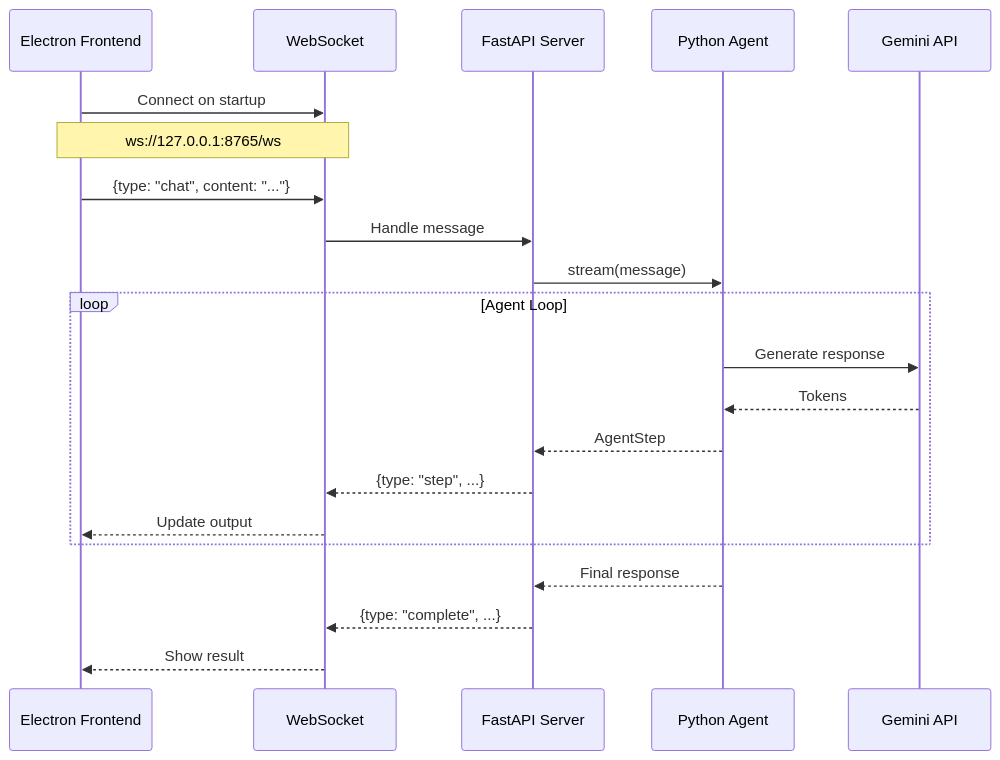
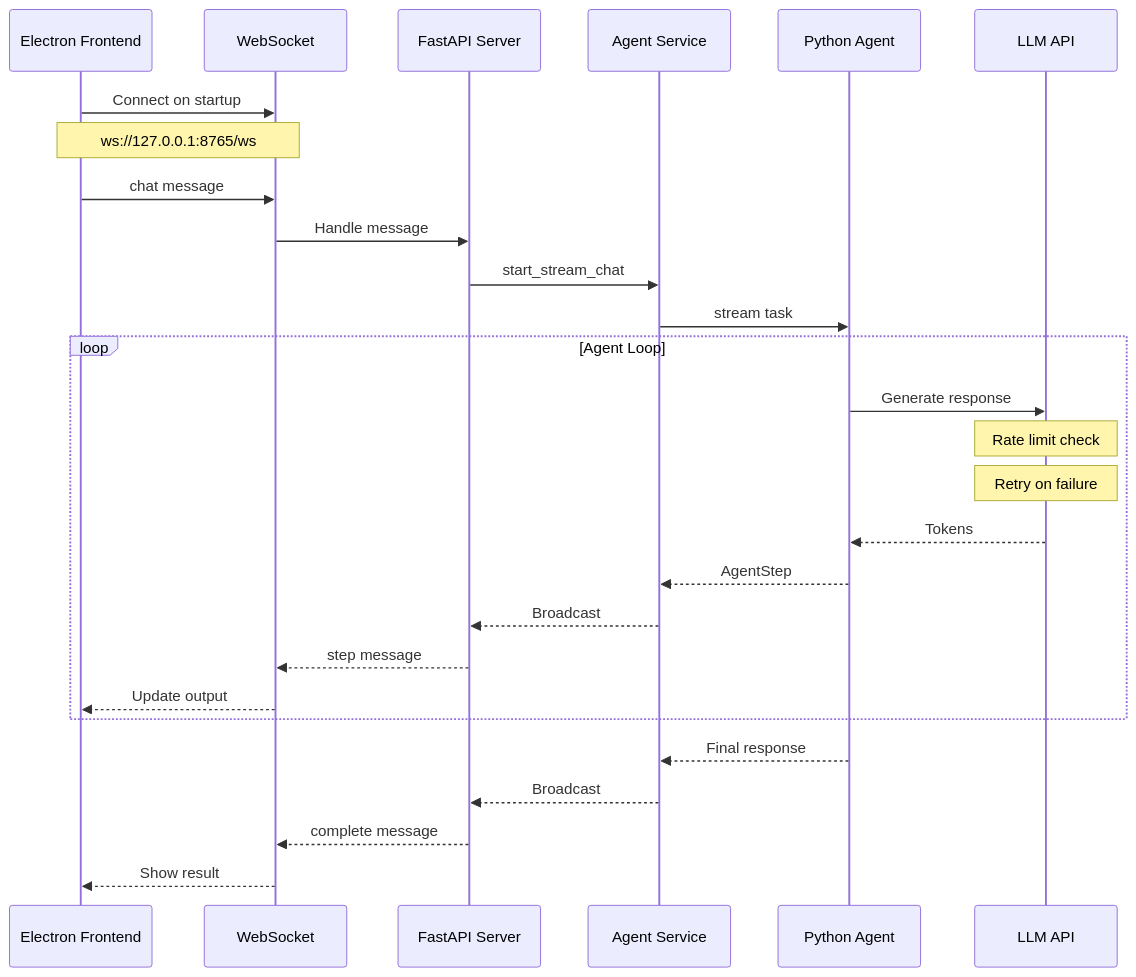
The second of 6 diagrams in docs/ARCHITECTURE.md (bdoubleu15-eng/slowhands), drawn with Mermaid before and after one commit. The commit also changed other lines of this file and 49 other files, not shown here.

````diff
--- a/docs/ARCHITECTURE.md
+++ b/docs/ARCHITECTURE.md
@@ -50,27 +68,33 @@
 ```mermaid
 sequenceDiagram
     participant UI as Electron Frontend
     participant WS as WebSocket
     participant API as FastAPI Server
+    participant Svc as Agent Service
     participant Agent as Python Agent
-    participant LLM as Gemini API
+    participant LLM as LLM API
 
     UI->>WS: Connect on startup
     Note over UI,WS: ws://127.0.0.1:8765/ws
     
-    UI->>WS: {type: "chat", content: "..."}
+    UI->>WS: chat message
     WS->>API: Handle message
-    API->>Agent: stream(message)
+    API->>Svc: start_stream_chat
+    Svc->>Agent: stream task
     
     loop Agent Loop
         Agent->>LLM: Generate response
+        Note over LLM: Rate limit check
+        Note over LLM: Retry on failure
         LLM-->>Agent: Tokens
-        Agent-->>API: AgentStep
-        API-->>WS: {type: "step", ...}
+        Agent-->>Svc: AgentStep
+        Svc-->>API: Broadcast
+        API-->>WS: step message
         WS-->>UI: Update output
     end
     
-    Agent-->>API: Final response
-    API-->>WS: {type: "complete", ...}
+    Agent-->>Svc: Final response
+    Svc-->>API: Broadcast
+    API-->>WS: complete message
     WS-->>UI: Show result
 ```
````
